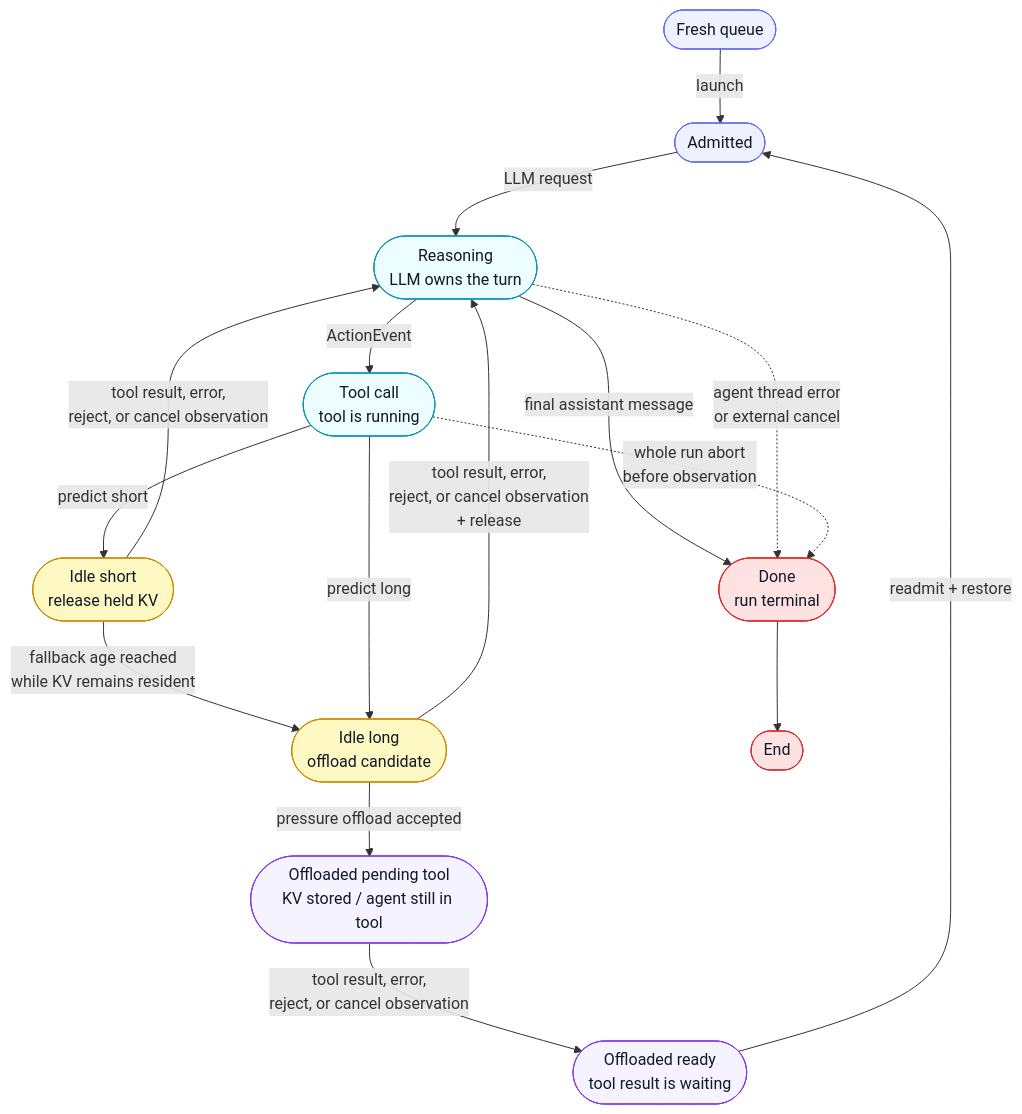
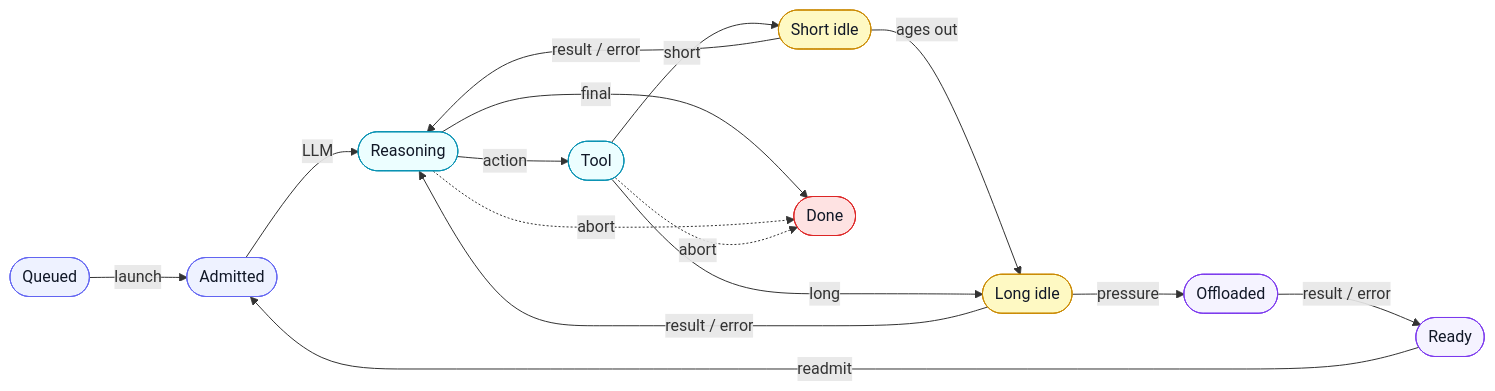
Before and after one commit to javenjwzhao-coder/agent-concurrency: the seventh of 8 diagrams in docs/agent_kv_offload_architecture.md, drawn with Mermaid.

Commit message:
Compact agent state diagram

````diff
--- a/docs/agent_kv_offload_architecture.md
+++ b/docs/agent_kv_offload_architecture.md
@@ -224,45 +224,44 @@
 ```mermaid
-flowchart TD
-    queued([Fresh queue])
+flowchart LR
+    queued([Queued])
     admitted([Admitted])
-    reasoning([Reasoning<br/>LLM owns the turn])
-    tool([Tool call<br/>tool is running])
-    short([Idle short<br/>release held KV])
-    long([Idle long<br/>offload candidate])
-    offloaded([Offloaded pending tool<br/>KV stored / agent still in tool])
-    ready([Offloaded ready<br/>tool result is waiting])
-    done([Done<br/>run terminal])
+    reasoning([Reasoning])
+    tool([Tool])
+    short([Short idle])
+    long([Long idle])
+    offloaded([Offloaded])
+    ready([Ready])
+    done([Done])
 
     queued -->|launch| admitted
-    admitted -->|LLM request| reasoning
+    admitted -->|LLM| reasoning
 
-    reasoning -->|ActionEvent| tool
-    reasoning -->|final assistant message| done
-    reasoning -.->|agent thread error<br/>or external cancel| done
+    reasoning -->|action| tool
+    reasoning -->|final| done
+    reasoning -.->|abort| done
 
-    tool -->|predict short| short
-    short -->|tool result, error,<br/>reject, or cancel observation| reasoning
-    short -->|fallback age reached<br/>while KV remains resident| long
+    tool -->|short| short
+    short -->|result / error| reasoning
+    short -->|ages out| long
 
-    tool -->|predict long| long
-    long -->|tool result, error,<br/>reject, or cancel observation<br/>+ release| reasoning
-    long -->|pressure offload accepted| offloaded
+    tool -->|long| long
+    long -->|result / error| reasoning
+    long -->|pressure| offloaded
 
-    offloaded -->|tool result, error,<br/>reject, or cancel observation| ready
-    ready -->|readmit + restore| admitted
+    offloaded -->|result / error| ready
+    ready -->|readmit| admitted
 
-    tool -.->|whole run abort<br/>before observation| done
-    done --> terminal([End])
+    tool -.->|abort| done
 
     classDef queue fill:#eef2ff,stroke:#6366f1,color:#111827
     classDef active fill:#ecfeff,stroke:#0891b2,color:#111827
     classDef idle fill:#fef9c3,stroke:#ca8a04,color:#111827
     classDef offload fill:#f5f3ff,stroke:#7c3aed,color:#111827
     classDef terminal fill:#fee2e2,stroke:#dc2626,color:#111827
 
     class queued,admitted queue
     class reasoning,tool active
     class short,long idle
     class offloaded,ready offload
-    class done,terminal terminal
+    class done terminal
 ```
````
